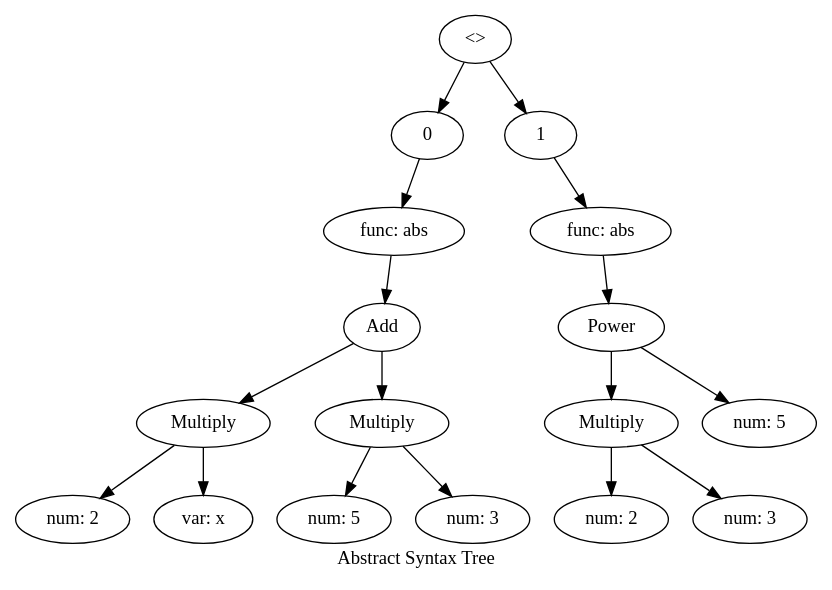
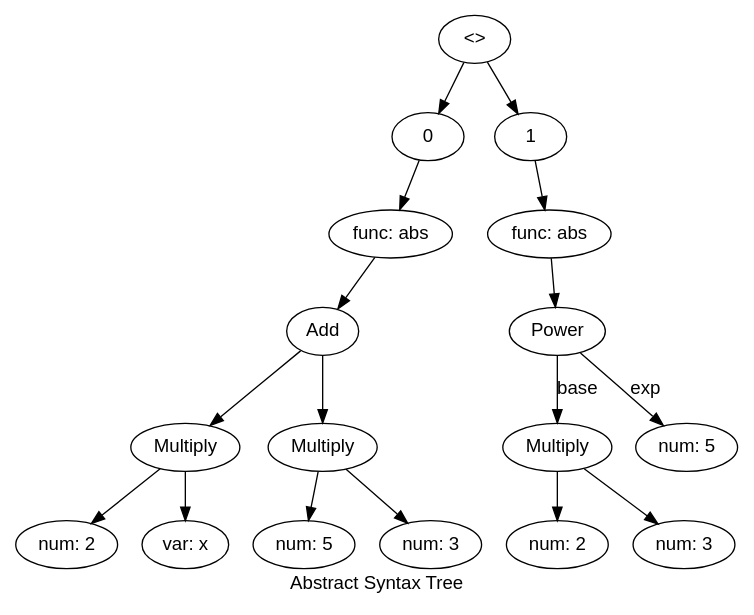
The diagram in test.dot (Rotbjorn/matematisk), drawn with Graphviz before and after one commit. The commit also changed 19 other files, not shown here.

```diff
--- a/test.dot
+++ b/test.dot
@@ -1,31 +1,35 @@
 digraph AST {
 label = "Abstract Syntax Tree"
+fontname = "Arial"
+node [fontname = "Arial"]
+edge [fontname = "Arial"]
 N_0 [label = "<>"]
 S_0 [label = "0"]
 N_0 -> S_0
 N_1 [label = "func: abs"]
 N_2 [label = "Add"]
 N_3 [label = "Multiply"]
 N_4 [label = "num: 2"]
 N_5 [label = "var: x"]
 N_3 -> { N_4 N_5 }
 N_6 [label = "Multiply"]
 N_7 [label = "num: 5"]
 N_8 [label = "num: 3"]
 N_6 -> { N_7 N_8 }
 N_2 -> { N_3 N_6 }
 N_1 ->  N_2 
 S_0 -> N_1
 S_1 [label = "1"]
 N_0 -> S_1
 N_9 [label = "func: abs"]
 N_10 [label = "Power"]
 N_11 [label = "Multiply"]
 N_12 [label = "num: 2"]
 N_13 [label = "num: 3"]
 N_11 -> { N_12 N_13 }
 N_14 [label = "num: 5"]
-N_10 -> { N_11 N_14 }
+N_10 -> N_11 [label = "base"]
+N_10 -> N_14 [label = "exp"]
 N_9 ->  N_10 
 S_1 -> N_9
 }
```
